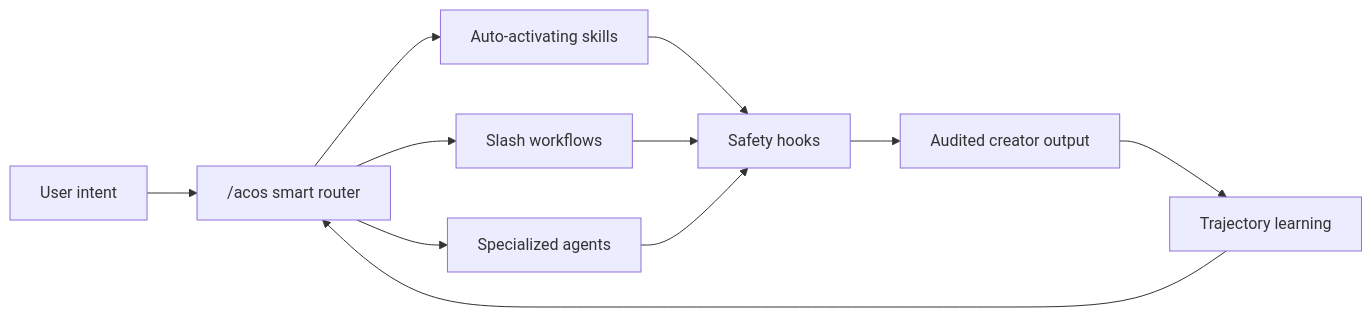
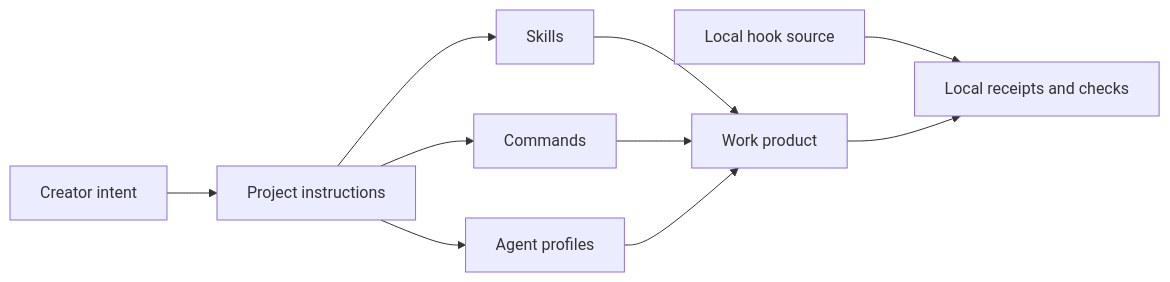
One commit to frankxai/agentic-creator-os changed the diagram in README.md. Above: the diagram before and after it, drawn with Mermaid. The commit also changed other lines of this file and 9 other files, not shown here.

````diff
--- a/README.md
+++ b/README.md
@@ -70,13 +81,12 @@
 ```mermaid
 flowchart LR
-  Intent["User intent"] --> Router["/acos smart router"]
-  Router --> Skills["Auto-activating skills"]
-  Router --> Commands["Slash workflows"]
-  Router --> Agents["Specialized agents"]
-  Skills --> Hooks["Safety hooks"]
-  Commands --> Hooks
-  Agents --> Hooks
-  Hooks --> Output["Audited creator output"]
-  Output --> Learning["Trajectory learning"]
-  Learning --> Router
+  Intent["Creator intent"] --> Instructions["Project instructions"]
+  Instructions --> Skills["Skills"]
+  Instructions --> Commands["Commands"]
+  Instructions --> Agents["Agent profiles"]
+  Skills --> Work["Work product"]
+  Commands --> Work
+  Agents --> Work
+  Hooks["Local hook source"] --> Evidence["Local receipts and checks"]
+  Work --> Evidence
 ```
````
